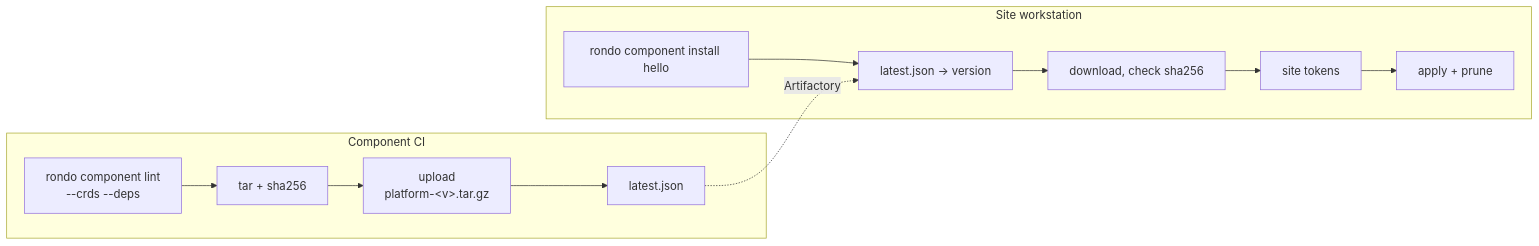
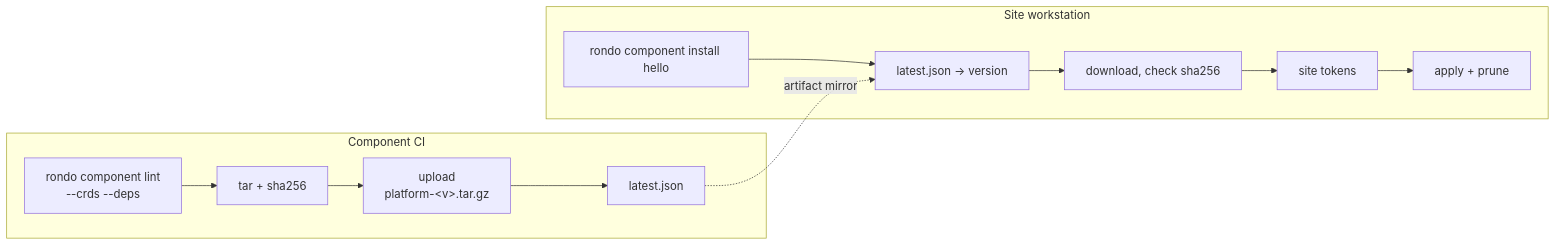
The diagram in docs/src/content/docs/components/publish.mdx (ouafeul/rondo), drawn with Mermaid before and after one commit. The commit also changed other lines of this file and 111 other files, not shown here.

````diff
--- a/docs/src/content/docs/components/publish.mdx
+++ b/docs/src/content/docs/components/publish.mdx
@@ -20,11 +20,11 @@
 ```mermaid
 flowchart LR
   subgraph ci["Component CI"]
     L["rondo component lint<br/>--crds --deps"] --> T["tar + sha256"] --> U["upload<br/>platform-#lt;v#gt;.tar.gz"] --> P["latest.json"]
   end
   subgraph site["Site workstation"]
     I["rondo component install hello"] --> R["latest.json → version"]
     R --> D["download, check sha256"] --> S["site tokens"] --> A["apply + prune"]
   end
-  P -. Artifactory .-> R
+  P -. artifact mirror .-> R
 ```
````
